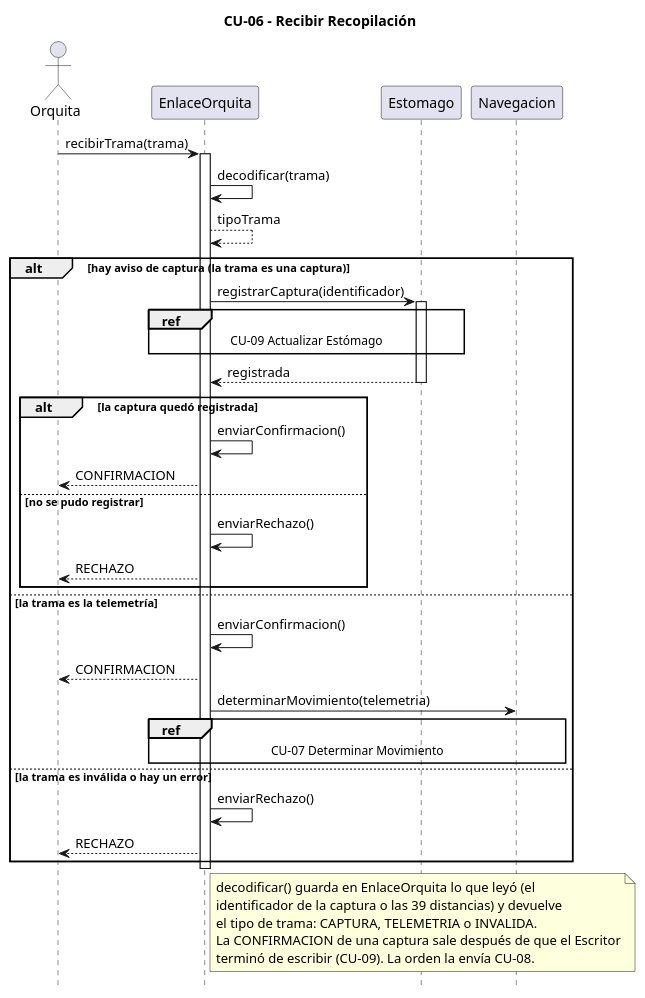
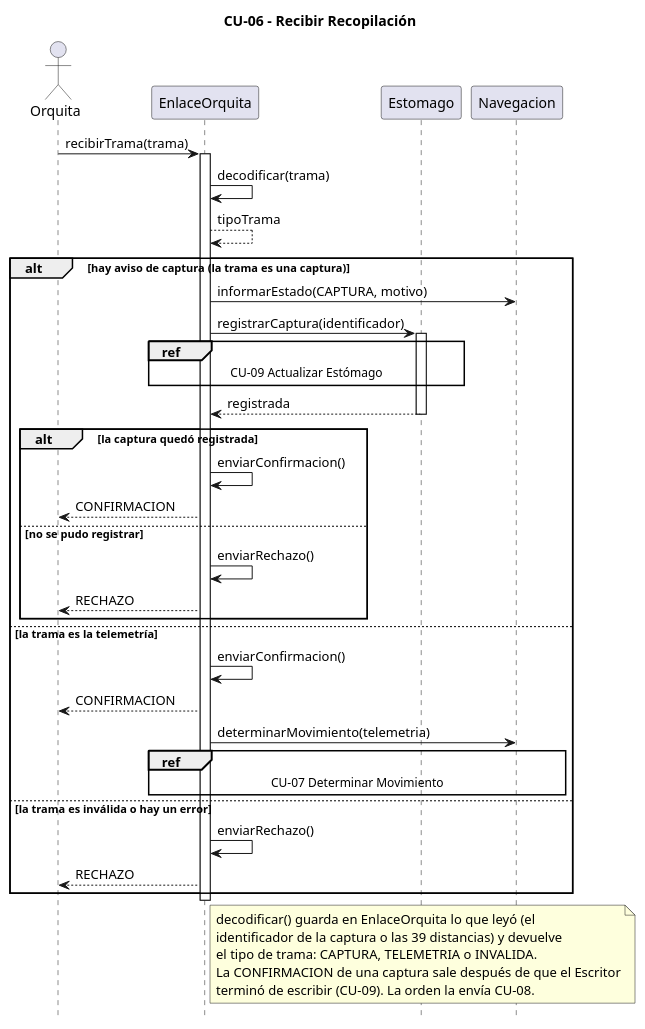
Before and after one commit to lautaro-geli/sistema-orquita: the first of 7 diagrams in docs/diseno/Orquitas_Vistas_Secuencia_Modulo_Servidor_v5.puml, drawn with PlantUML. The commit also changed other lines of this file and 7 other files, not shown here.

First line of the commit message:
feat: enum EstadoOrquita con los 6 estados del Diagrama de Estados

```diff
--- a/docs/diseno/Orquitas_Vistas_Secuencia_Modulo_Servidor_v5.puml
+++ b/docs/diseno/Orquitas_Vistas_Secuencia_Modulo_Servidor_v5.puml
@@ -1,52 +1,53 @@
 @startuml CU06_RecibirRecopilacion
 title CU-06 - Recibir Recopilación
 hide footbox
 
 actor Orquita
 participant EnlaceOrquita
 participant Estomago
 participant Navegacion
 
 Orquita -> EnlaceOrquita : recibirTrama(trama)
 activate EnlaceOrquita
 
 EnlaceOrquita -> EnlaceOrquita : decodificar(trama)
 EnlaceOrquita --> EnlaceOrquita : tipoTrama
 
 alt hay aviso de captura (la trama es una captura)
+    EnlaceOrquita -> Navegacion : informarEstado(CAPTURA, motivo)
     EnlaceOrquita -> Estomago : registrarCaptura(identificador)
     activate Estomago
     ref over EnlaceOrquita, Estomago : CU-09 Actualizar Estómago
     Estomago --> EnlaceOrquita : registrada
     deactivate Estomago
 
     alt la captura quedó registrada
         EnlaceOrquita -> EnlaceOrquita : enviarConfirmacion()
         EnlaceOrquita --> Orquita : CONFIRMACION
     else no se pudo registrar
         EnlaceOrquita -> EnlaceOrquita : enviarRechazo()
         EnlaceOrquita --> Orquita : RECHAZO
     end
 
 else la trama es la telemetría
     EnlaceOrquita -> EnlaceOrquita : enviarConfirmacion()
     EnlaceOrquita --> Orquita : CONFIRMACION
 
     EnlaceOrquita -> Navegacion : determinarMovimiento(telemetria)
     ref over EnlaceOrquita, Navegacion : CU-07 Determinar Movimiento
 
 else la trama es inválida o hay un error
     EnlaceOrquita -> EnlaceOrquita : enviarRechazo()
     EnlaceOrquita --> Orquita : RECHAZO
 end
 
 deactivate EnlaceOrquita
 
 note right of EnlaceOrquita
   decodificar() guarda en EnlaceOrquita lo que leyó (el
   identificador de la captura o las 39 distancias) y devuelve
   el tipo de trama: CAPTURA, TELEMETRIA o INVALIDA.
   La CONFIRMACION de una captura sale después de que el Escritor
   terminó de escribir (CU-09). La orden la envía CU-08.
 end note
 @enduml
```
